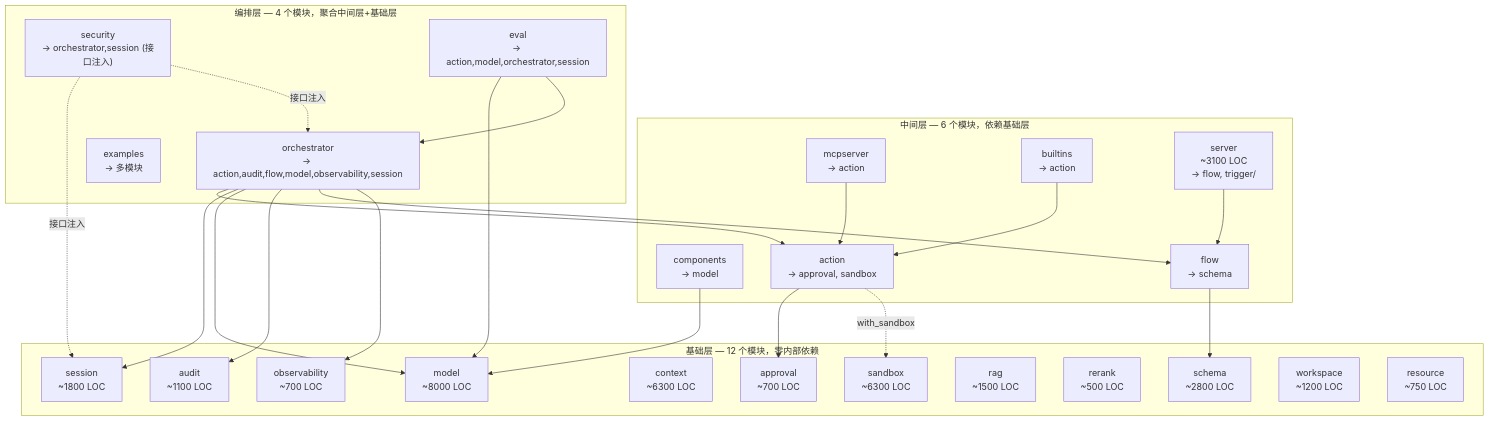
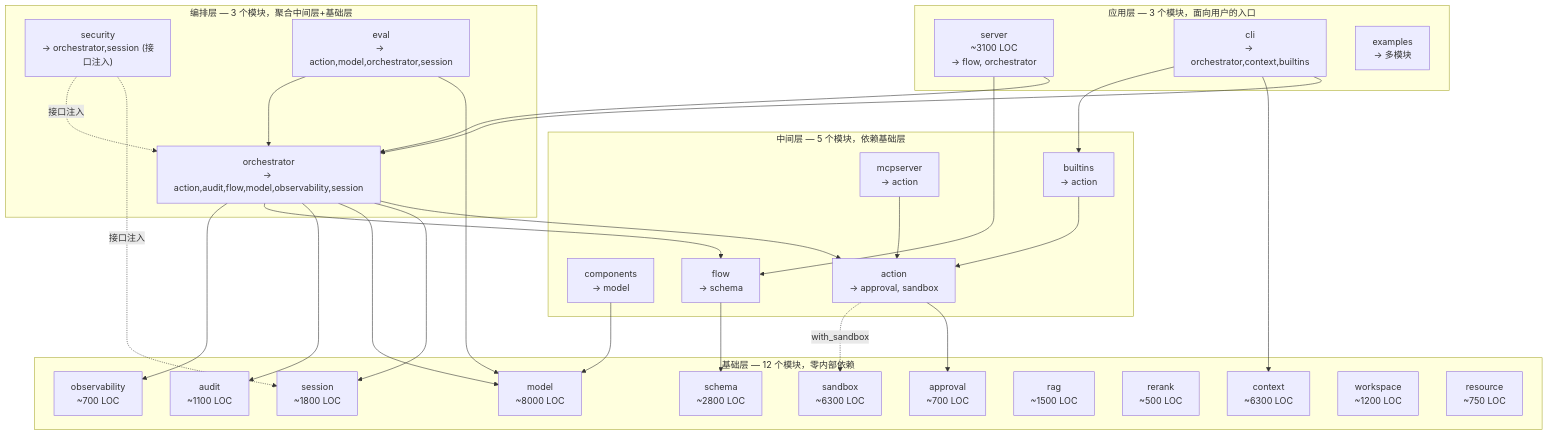
The first of 2 diagrams in README.md (drscrewdriver/inferglow), drawn with Mermaid before and after one commit. The commit also changed other lines of this file and 17 other files, not shown here.

First line of the commit message:
docs: 修正架构图 server 分层归属，归档已完成 spec

````diff
--- a/README.md
+++ b/README.md
@@ -13,54 +13,64 @@
 ```mermaid
 graph TD
     subgraph foundation["基础层 — 12 个模块，零内部依赖"]
         MODEL["model<br/>~8000 LOC"]
         SCHEMA["schema<br/>~2800 LOC"]
         SESS["session<br/>~1800 LOC"]
         SANDBOX["sandbox<br/>~6300 LOC"]
         CTX["context<br/>~6300 LOC"]
         AUDIT["audit<br/>~1100 LOC"]
         APPROVAL["approval<br/>~700 LOC"]
         RAG["rag<br/>~1500 LOC"]
         RERANK["rerank<br/>~500 LOC"]
         OBS["observability<br/>~700 LOC"]
         WS["workspace<br/>~1200 LOC"]
         RESOURCE["resource<br/>~750 LOC"]
     end
 
-    subgraph mid["中间层 — 6 个模块，依赖基础层"]
+    subgraph mid["中间层 — 5 个模块，依赖基础层"]
         COMP["components<br/>→ model"]
         FLOW["flow<br/>→ schema"]
         ACT["action<br/>→ approval, sandbox"]
         MCPSERVER["mcpserver<br/>→ action"]
         BUILTINS["builtins<br/>→ action"]
-        SERVER["server<br/>~3100 LOC<br/>→ flow, trigger/"]
     end
 
-    subgraph orch["编排层 — 4 个模块，聚合中间层+基础层"]
+    subgraph orch["编排层 — 3 个模块，聚合中间层+基础层"]
         ORCH["orchestrator<br/>→ action,audit,flow,model,observability,session"]
         SECURITY["security<br/>→ orchestrator,session (接口注入)"]
         EVAL["eval<br/>→ action,model,orchestrator,session"]
+    end
+
+    subgraph app["应用层 — 3 个模块，面向用户的入口"]
+        SERVER["server<br/>~3100 LOC<br/>→ flow, orchestrator"]
+        CLI["cli<br/>→ orchestrator,context,builtins"]
         EXAMPLES["examples<br/>→ 多模块"]
     end
 
     %% 中间层 → 基础层
     COMP --> MODEL
     FLOW --> SCHEMA
     ACT --> APPROVAL
     ACT -.->|"with_sandbox"| SANDBOX
     MCPSERVER --> ACT
     BUILTINS --> ACT
 
     %% 编排层 → 中间层+基础层
     ORCH --> ACT
     ORCH --> SESS
     ORCH --> MODEL
     ORCH --> AUDIT
     ORCH --> FLOW
     ORCH --> OBS
     SECURITY -.->|"接口注入"| SESS
     SECURITY -.->|"接口注入"| ORCH
     EVAL --> MODEL
     EVAL --> ORCH
+
+    %% 应用层 → 编排层+中间层
+    SERVER --> ORCH
     SERVER --> FLOW
+    CLI --> ORCH
+    CLI --> CTX
+    CLI --> BUILTINS
 ```
````
